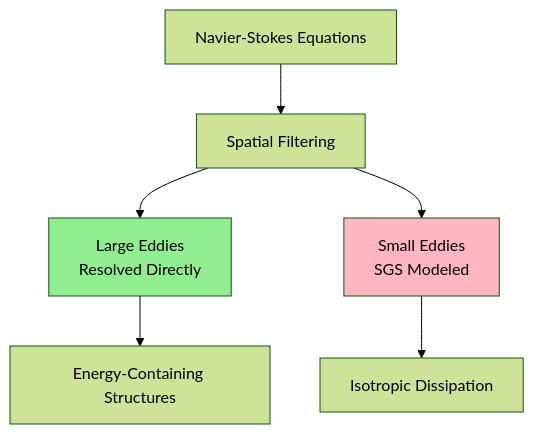
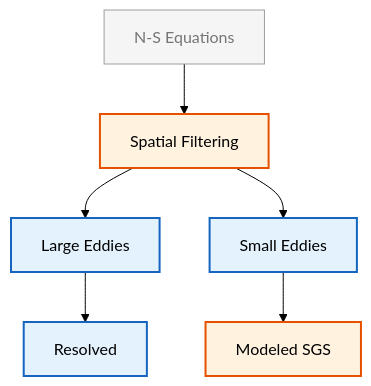
Before and after one commit to wramet/build-my-cfd: the first of 4 diagrams in MODULE_03_SINGLE_PHASE_FLOW/CONTENT/07_ADVANCED_TOPICS/02_Advanced_Turbulence.md, drawn with Mermaid (forest theme). The commit also changed other lines of this file and 313 other files, not shown here.

Commit message:
Revise all diagram

````diff
--- a/MODULE_03_SINGLE_PHASE_FLOW/CONTENT/07_ADVANCED_TOPICS/02_Advanced_Turbulence.md
+++ b/MODULE_03_SINGLE_PHASE_FLOW/CONTENT/07_ADVANCED_TOPICS/02_Advanced_Turbulence.md
@@ -14,11 +14,13 @@
 ```mermaid
 flowchart TD
-    A[Navier-Stokes Equations] --> B[Spatial Filtering]
-    B --> C[Large Eddies<br/>Resolved Directly]
-    B --> D[Small Eddies<br/>SGS Modeled]
-    C --> E[Energy-Containing Structures]
-    D --> F[Isotropic Dissipation]
-
-    style C fill:#90EE90
-    style D fill:#FFB6C1
+%% Classes
+classDef explicit fill:#fff3e0,stroke:#e65100,stroke-width:2px;
+classDef implicit fill:#e3f2fd,stroke:#1565c0,stroke-width:2px;
+classDef context fill:#f5f5f5,stroke:#9e9e9e,stroke-width:1px,color:#757575;
+%% Nodes
+A[N-S Equations]:::context --> B[Spatial Filtering]:::explicit
+B --> C[Large Eddies]:::implicit
+B --> D[Small Eddies]:::implicit
+C --> E[Resolved]:::implicit
+D --> F[Modeled SGS]:::explicit
 ```
````
